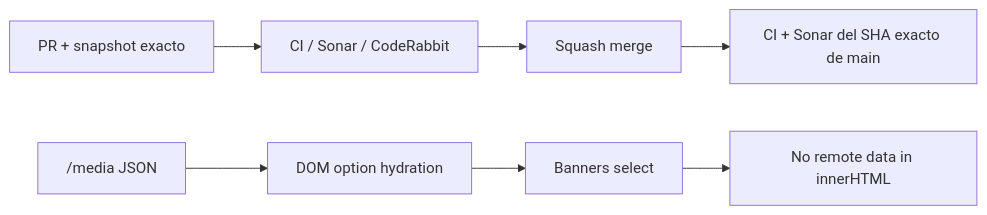
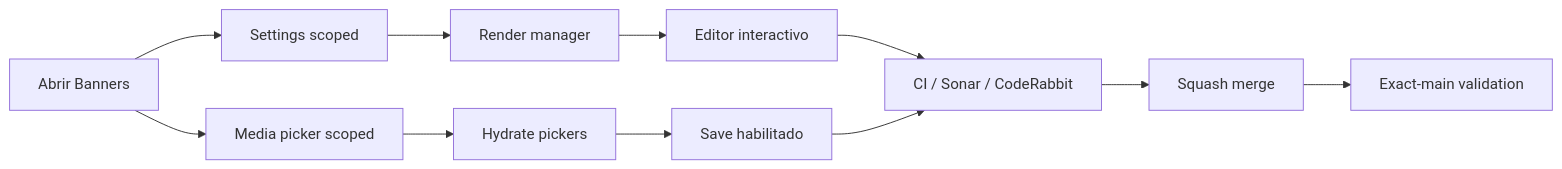
Before and after one commit to pl0n3r/brvtal: the diagram in README.md, drawn with Mermaid. The commit also changed other lines of this file and 8 other files, not shown here.

````diff
--- a/README.md
+++ b/README.md
@@ -48,9 +49,13 @@
 ```mermaid
 flowchart LR
- P["PR + snapshot exacto"] --> Q["CI / Sonar / CodeRabbit"]
- M["/media JSON"] --> H["DOM option hydration"]
- H --> S["Banners select"]
- S --> X["No remote data in innerHTML"]
- Q --> G["Squash merge"]
- G --> V["CI + Sonar del SHA exacto de main"]
+ A["Abrir Banners"] --> S["Settings scoped"]
+ A --> M["Media picker scoped"]
+ S --> R["Render manager"]
+ M --> H["Hydrate pickers"]
+ R --> I["Editor interactivo"]
+ H --> V["Save habilitado"]
+ I --> G["CI / Sonar / CodeRabbit"]
+ V --> G
+ G --> Q["Squash merge"]
+ Q --> X["Exact-main validation"]
 ```
````
